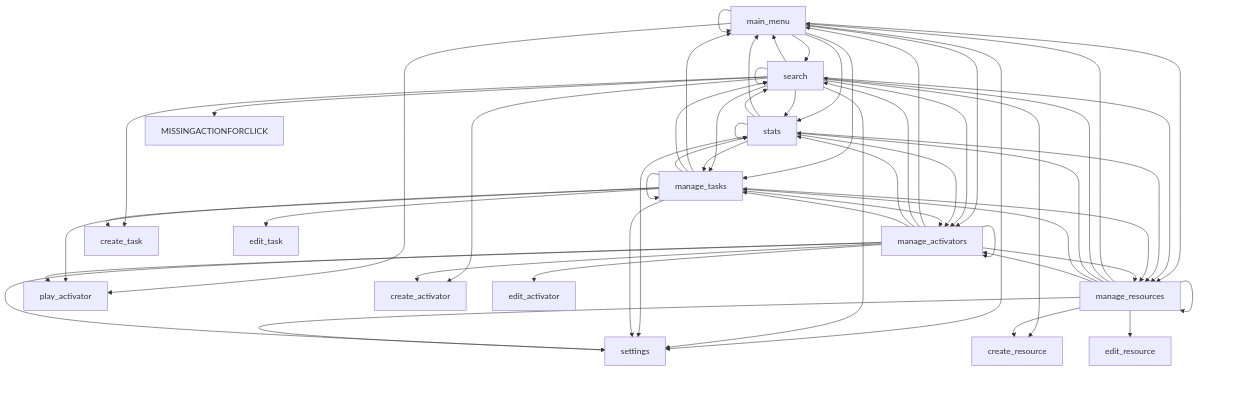
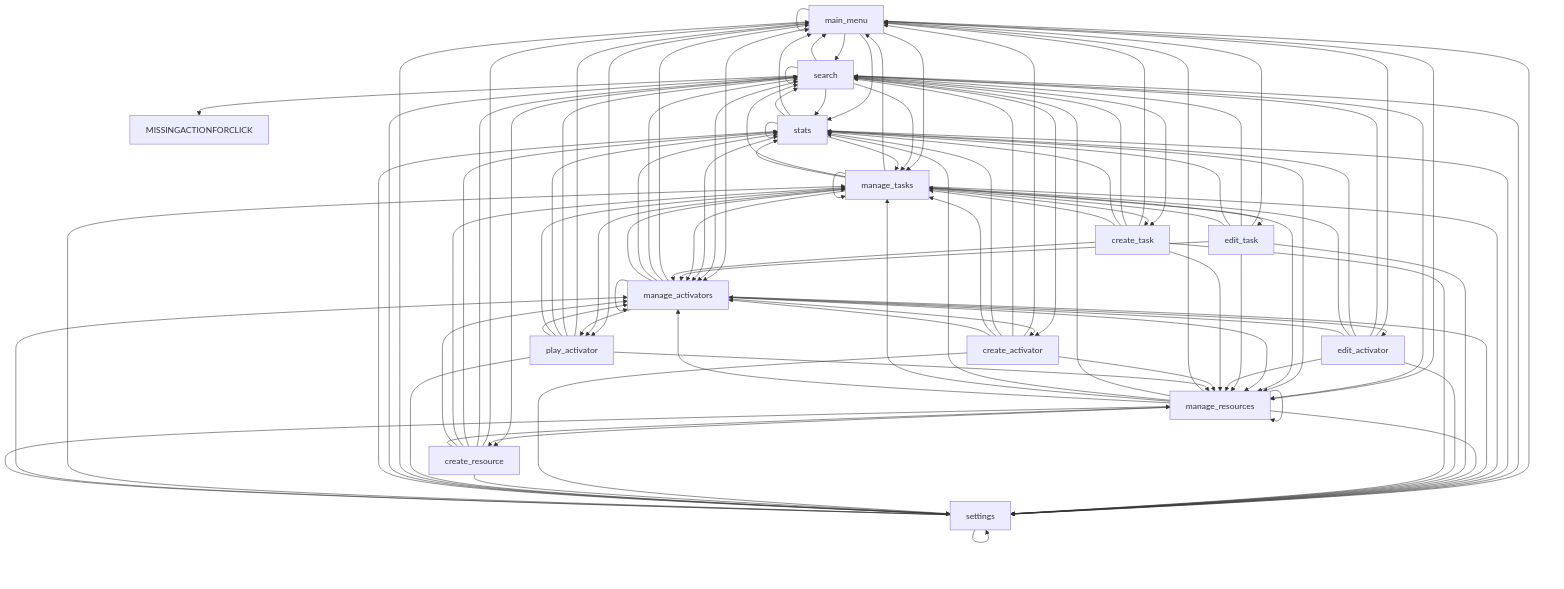
Before and after one commit to mrdarip/tasdks: the diagram in navigationGraph.md, drawn with Mermaid.

Commit message:
finished graph for viewing navigation flow

````diff
--- a/navigationGraph.md
+++ b/navigationGraph.md
@@ -1,9 +1,16 @@
 ```mermaid
 flowchart TD
     main_menu --> main_menu & search & stats & manage_tasks & manage_activators & manage_resources & settings & play_activator
     search --> main_menu & search & stats & manage_tasks & manage_activators & manage_resources & settings & create_task & create_activator & create_resource & MISSINGACTIONFORCLICK
     stats --> main_menu & search & stats & manage_tasks & manage_activators & manage_resources & settings
+    settings --> main_menu & search & stats & manage_tasks & manage_activators & manage_resources & settings
     manage_tasks --> main_menu & search & stats & manage_tasks & manage_activators & manage_resources & settings & create_task & play_activator & edit_task
     manage_activators --> main_menu & search & stats & manage_tasks & manage_activators & manage_resources & settings & create_activator & play_activator & edit_activator
-    manage_resources --> main_menu & search & stats & manage_tasks & manage_activators & manage_resources & settings & create_resource & edit_resource
+    manage_resources --> main_menu & search & stats & manage_tasks & manage_activators & manage_resources & settings & create_resource
+    edit_task --> main_menu & search & stats & manage_tasks & manage_activators & manage_resources & settings
+    edit_activator --> main_menu & search & stats & manage_tasks & manage_activators & manage_resources & settings
+    create_task --> main_menu & search & stats & manage_tasks & manage_activators & manage_resources & settings
+    create_activator --> main_menu & search & stats & manage_tasks & manage_activators & manage_resources & settings
+    create_resource --> main_menu & search & stats & manage_tasks & manage_activators & manage_resources & settings
+    play_activator --> main_menu & search & stats & manage_tasks & manage_activators & manage_resources & settings
 ```
````
